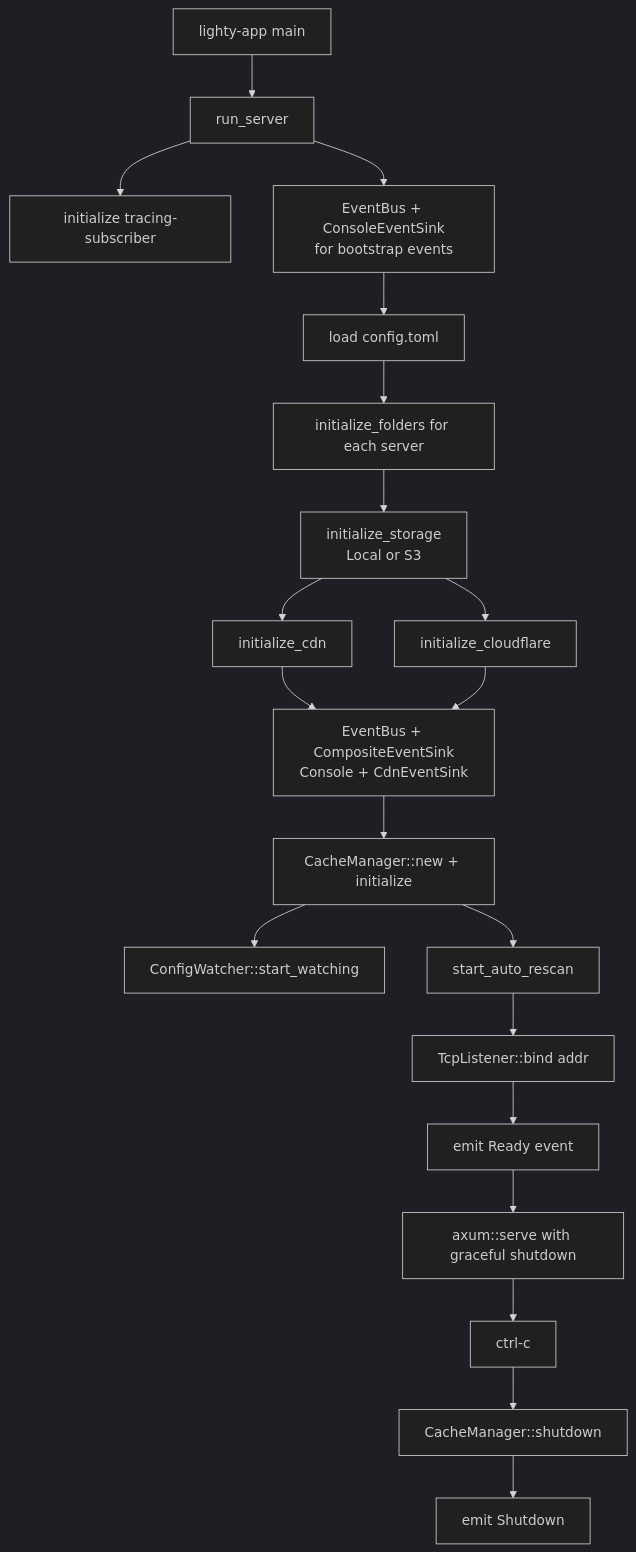
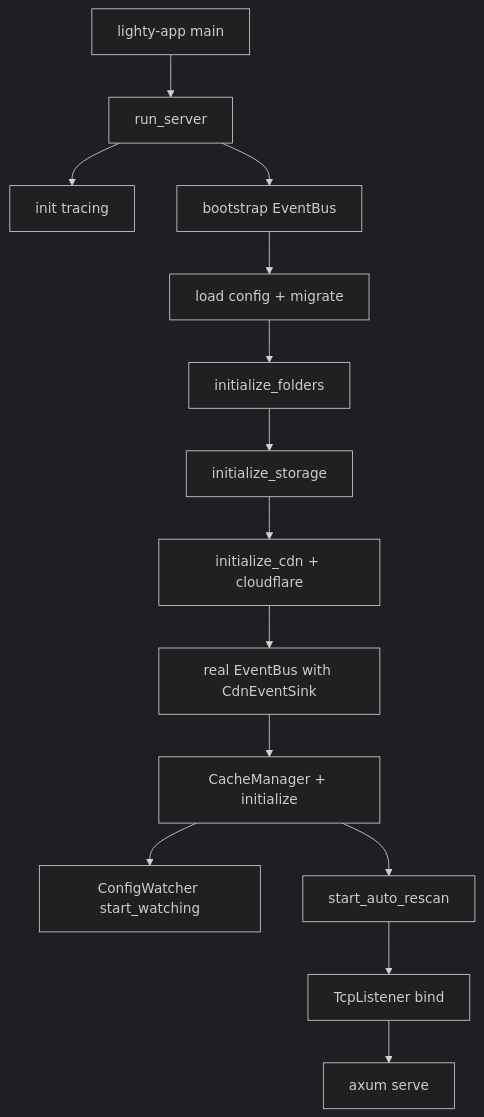
The diagram in crates/runtime/docs/overview.md (Lighty-Launcher/LightyUpdater), drawn with Mermaid (dark theme) before and after one commit. The commit also changed other lines of this file and 22 other files, not shown here.

First line of the commit message:
Simplify per-crate docs + harden mermaid for GitBook

````diff
--- a/crates/runtime/docs/overview.md
+++ b/crates/runtime/docs/overview.md
@@ -32,22 +27,16 @@
 ```mermaid
 flowchart TD
     Main[lighty-app main] --> Init[run_server]
-    Init --> Tracing[initialize tracing-subscriber]
-    Init --> BootBus[EventBus + ConsoleEventSink<br/>for bootstrap events]
-    BootBus --> LoadCfg[load config.toml]
-    LoadCfg --> Folders[initialize_folders for each server]
-    Folders --> Storage[initialize_storage<br/>Local or S3]
-    Storage --> CDN[initialize_cdn]
-    Storage --> CF[initialize_cloudflare]
-    CDN --> RealBus[EventBus + CompositeEventSink<br/>Console + CdnEventSink]
-    CF --> RealBus
-    RealBus --> Cache[CacheManager::new + initialize]
-    Cache --> Watcher[ConfigWatcher::start_watching]
+    Init --> Tracing[init tracing]
+    Init --> BootBus[bootstrap EventBus]
+    BootBus --> Load[load config + migrate]
+    Load --> Folders[initialize_folders]
+    Folders --> Storage[initialize_storage]
+    Storage --> CDN[initialize_cdn + cloudflare]
+    CDN --> RealBus[real EventBus with CdnEventSink]
+    RealBus --> Cache[CacheManager + initialize]
+    Cache --> Watcher[ConfigWatcher start_watching]
     Cache --> Rescan[start_auto_rescan]
-    Rescan --> Bind[TcpListener::bind addr]
-    Bind --> Ready[emit Ready event]
-    Ready --> Serve[axum::serve with graceful shutdown]
-    Serve --> Sig[ctrl-c]
-    Sig --> ShutdownCache[CacheManager::shutdown]
-    ShutdownCache --> Emit[emit Shutdown]
+    Rescan --> Bind[TcpListener bind]
+    Bind --> Serve[axum serve]
 ```
````
